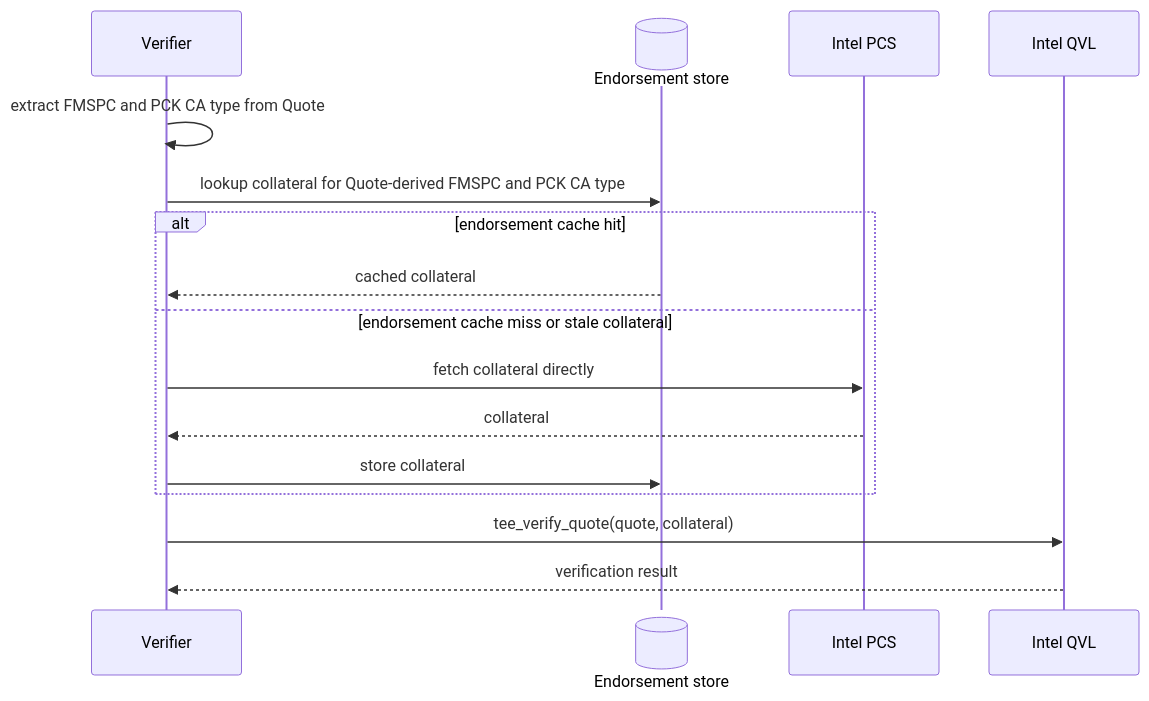
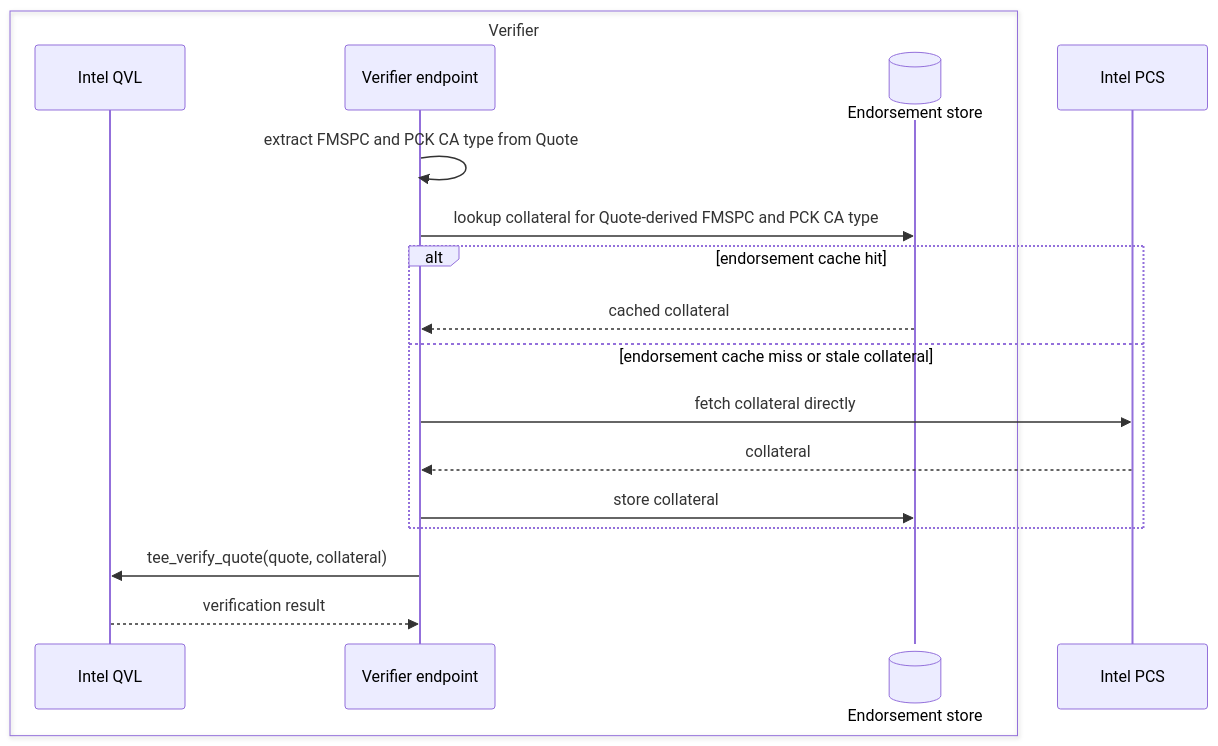
One commit to kentakayama/AttesTAM changed the first of 2 diagrams in doc/SGX_QUOTE_VERIFICATION.md. Above: the diagram before and after it, drawn with Mermaid. The commit also changed 2 other files, not shown here.

Commit message:
update: doc

````diff
--- a/doc/SGX_QUOTE_VERIFICATION.md
+++ b/doc/SGX_QUOTE_VERIFICATION.md
@@ -90,19 +90,21 @@
 ```mermaid
 sequenceDiagram
-    participant V as Verifier
+    box Verifier
+    participant Q as Intel QVL
+    participant V as Verifier endpoint
     participant E@{"type": "database"} as Endorsement store
+    end
     participant I as Intel PCS
-    participant Q as Intel QVL
 
     V->>V: extract FMSPC and PCK CA type from Quote
     V->>E: lookup collateral for Quote-derived FMSPC and PCK CA type
     alt endorsement cache hit
         E-->>V: cached collateral
     else endorsement cache miss or stale collateral
         V->>I: fetch collateral directly
         I-->>V: collateral
         V->>E: store collateral
     end
     V->>Q: tee_verify_quote(quote, collateral)
     Q-->>V: verification result
 ```
````
